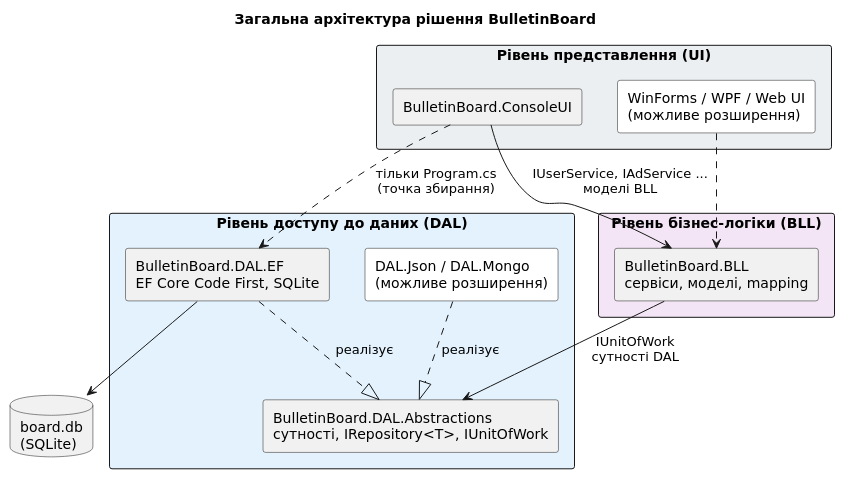
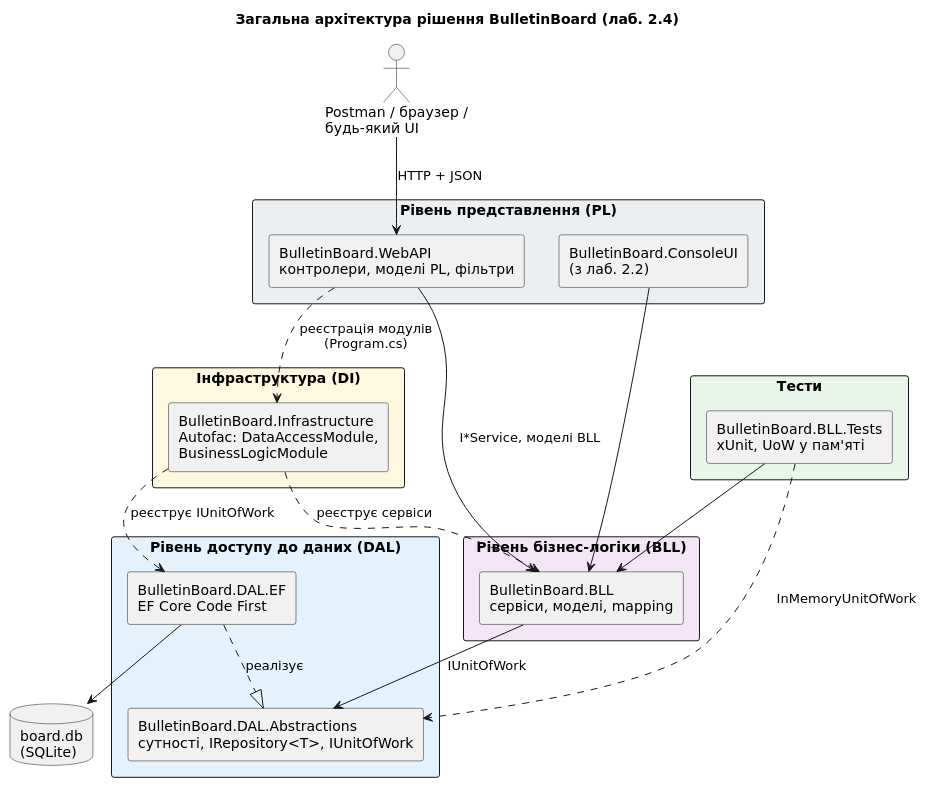
One commit to 01eksandr0/Bz-121-24-1-PI-bulletin-board changed the diagram in docs/1-architecture.puml. Above: the diagram before and after it, drawn with PlantUML. The commit also changed 60 other files, not shown here.

```diff
--- a/docs/1-architecture.puml
+++ b/docs/1-architecture.puml
@@ -1,30 +1,40 @@
 @startuml
 skinparam defaultFontName DejaVu Sans
 skinparam shadowing false
 skinparam classAttributeIconSize 0
 skinparam packageStyle rectangle
 skinparam componentStyle rectangle
-title Загальна архітектура рішення BulletinBoard
+title Загальна архітектура рішення BulletinBoard (лаб. 2.4)
 
-package "Рівень представлення (UI)" #ECEFF1 {
-  [BulletinBoard.ConsoleUI] as UI
-  [WinForms / WPF / Web UI\n(можливе розширення)] as UI2 #white
+actor "Postman / браузер /\nбудь-який UI" as Client
+package "Рівень представлення (PL)" #ECEFF1 {
+  [BulletinBoard.WebAPI\nконтролери, моделі PL, фільтри] as API
+  [BulletinBoard.ConsoleUI\n(з лаб. 2.2)] as CON
+}
+package "Інфраструктура (DI)" #FFF8E1 {
+  [BulletinBoard.Infrastructure\nAutofac: DataAccessModule,\nBusinessLogicModule] as INF
 }
 package "Рівень бізнес-логіки (BLL)" #F3E5F5 {
   [BulletinBoard.BLL\nсервіси, моделі, mapping] as BLL
 }
 package "Рівень доступу до даних (DAL)" #E3F2FD {
   [BulletinBoard.DAL.Abstractions\nсутності, IRepository<T>, IUnitOfWork] as ABS
-  [BulletinBoard.DAL.EF\nEF Core Code First, SQLite] as EF
-  [DAL.Json / DAL.Mongo\n(можливе розширення)] as OTHER #white
+  [BulletinBoard.DAL.EF\nEF Core Code First] as EF
+}
+package "Тести" #E8F5E9 {
+  [BulletinBoard.BLL.Tests\nxUnit, UoW у пам'яті] as TST
 }
 database "board.db\n(SQLite)" as DB
 
-UI --> BLL : IUserService, IAdService ...\nмоделі BLL
-UI2 ..> BLL
-BLL --> ABS : IUnitOfWork\nсутності DAL
+Client --> API : HTTP + JSON
+API --> BLL : I*Service, моделі BLL
+API ..> INF : реєстрація модулів\n(Program.cs)
+INF ..> BLL : реєструє сервіси
+INF ..> EF : реєструє IUnitOfWork
+CON --> BLL
+BLL --> ABS : IUnitOfWork
 EF ..|> ABS : реалізує
-OTHER ..|> ABS : реалізує
 EF --> DB
-UI ..> EF : тільки Program.cs\n(точка збирання)
+TST --> BLL
+TST ..> ABS : InMemoryUnitOfWork
 @enduml
```
